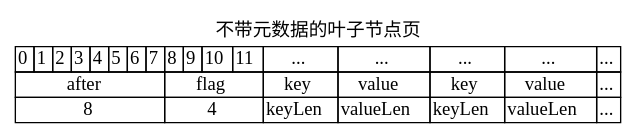
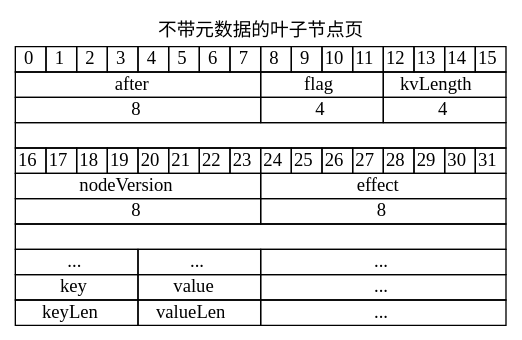
One commit to rectcircle/course-design-DBMS changed the sixth of 6 diagrams in doc/3-索引存储引擎.md. Above: the diagram before and after it, drawn with Graphviz. The commit also changed other lines of this file and 10 other files, not shown here.

```diff
--- a/doc/3-索引存储引擎.md
+++ b/doc/3-索引存储引擎.md
@@ -738,29 +806,67 @@
       <TD>9</TD>
       <TD>10</TD>
       <TD>11</TD>
-      <TD>...</TD>
-      <TD>...</TD>
-      <TD>...</TD>
-      <TD>...</TD>
-      <TD>...</TD>
+      <TD>12</TD>
+      <TD>13</TD>
+      <TD>14</TD>
+      <TD>15</TD>
     </TR>
     <TR>
       <TD COLSPAN="8">after</TD>
       <TD COLSPAN="4">flag</TD>
-      <TD>key</TD>
-      <TD>value</TD>
-      <TD>key</TD>
-      <TD>value</TD>
-      <TD>...</TD>
+      <TD COLSPAN="4">kvLength</TD>
     </TR>
     <TR>
       <TD COLSPAN="8">8</TD>
       <TD COLSPAN="4">4</TD>
-      <TD>keyLen</TD>
-      <TD>valueLen</TD>
-      <TD>keyLen</TD>
-      <TD>valueLen</TD>
-      <TD>...</TD>
+      <TD COLSPAN="4">4</TD>
+    </TR>
+    <TR>
+      <TD COLSPAN="16"> </TD>
+    </TR>
+    <TR>
+      <TD>16</TD>
+      <TD>17</TD>
+      <TD>18</TD>
+      <TD>19</TD>
+      <TD>20</TD>
+      <TD>21</TD>
+      <TD>22</TD>
+      <TD>23</TD>
+      <TD>24</TD>
+      <TD>25</TD>
+      <TD>26</TD>
+      <TD>27</TD>
+      <TD>28</TD>
+      <TD>29</TD>
+      <TD>30</TD>
+      <TD>31</TD>
+    </TR>
+    <TR>
+      <TD COLSPAN="8">nodeVersion</TD>
+      <TD COLSPAN="8">effect</TD>
+    </TR>
+    <TR>
+      <TD COLSPAN="8">8</TD>
+      <TD COLSPAN="8">8</TD>
+    </TR>
+    <TR>
+      <TD COLSPAN="16"> </TD>
+    </TR>
+    <TR>
+      <TD COLSPAN="4">...</TD>
+      <TD COLSPAN="4">...</TD>
+      <TD COLSPAN="8">...</TD>
+    </TR>
+    <TR>
+      <TD COLSPAN="4">key</TD>
+      <TD COLSPAN="4">value</TD>
+      <TD COLSPAN="8">...</TD>
+    </TR>
+    <TR>
+      <TD COLSPAN="4">keyLen</TD>
+      <TD COLSPAN="4">valueLen</TD>
+      <TD COLSPAN="8">...</TD>
     </TR>
     </TABLE>>]
 }
```
